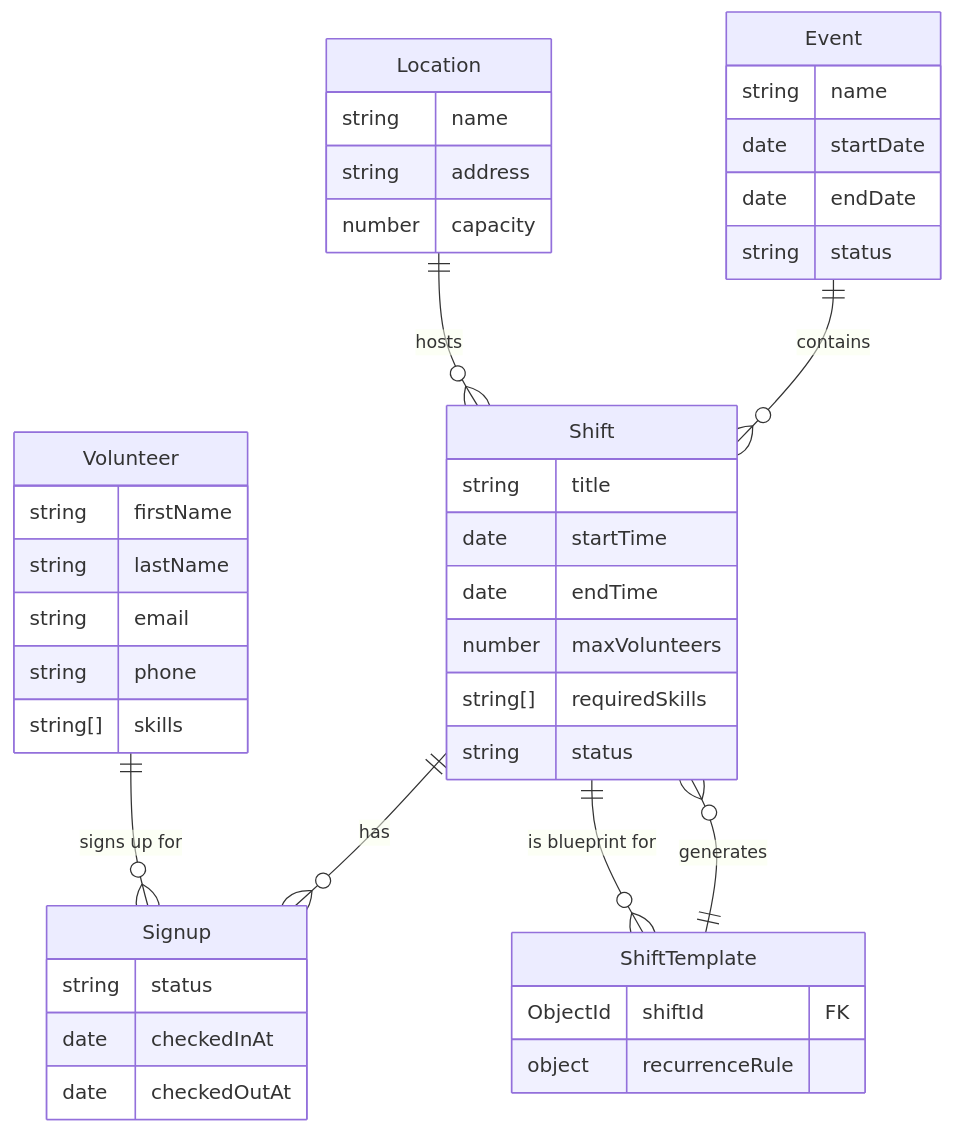
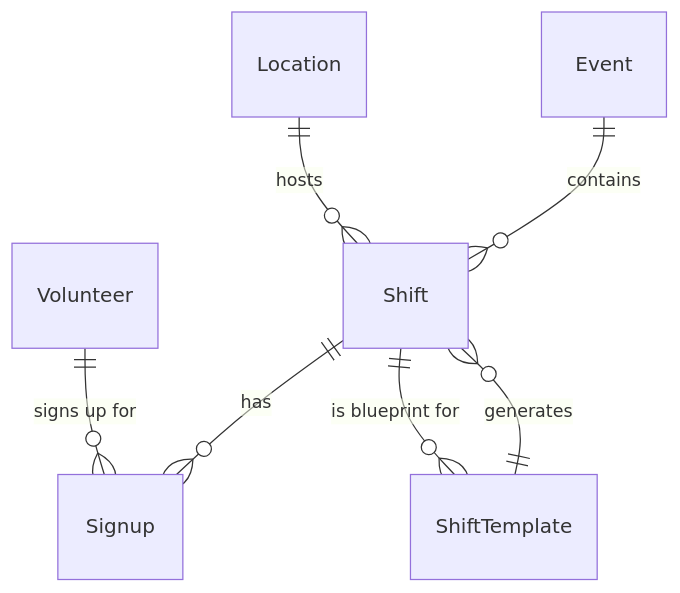
One commit to albogdan7/hackillinois-systems-c changed the diagram in README.md. Above: the diagram before and after it, drawn with Mermaid.

Commit message:
fix: README database schema

````diff
--- a/README.md
+++ b/README.md
@@ -10,45 +10,9 @@
 ```mermaid
 erDiagram
     Volunteer ||--o{ Signup : "signs up for"
     Shift ||--o{ Signup : "has"
     Location ||--o{ Shift : "hosts"
     Event ||--o{ Shift : "contains"
     Shift ||--o{ ShiftTemplate : "is blueprint for"
     ShiftTemplate ||--o{ Shift : "generates"
-
-    Volunteer {
-        string firstName
-        string lastName
-        string email
-        string phone
-        string[] skills
-    }
-    Location {
-        string name
-        string address
-        number capacity
-    }
-    Event {
-        string name
-        date startDate
-        date endDate
-        string status
-    }
-    Shift {
-        string title
-        date startTime
-        date endTime
-        number maxVolunteers
-        string[] requiredSkills
-        string status
-    }
-    ShiftTemplate {
-        ObjectId shiftId FK
-        object recurrenceRule
-    }
-    Signup {
-        string status
-        date checkedInAt
-        date checkedOutAt
-    }
 ```
````
